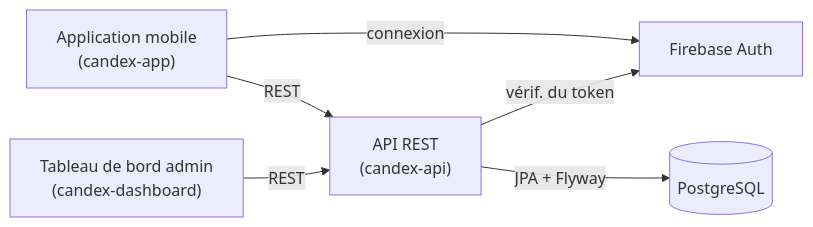
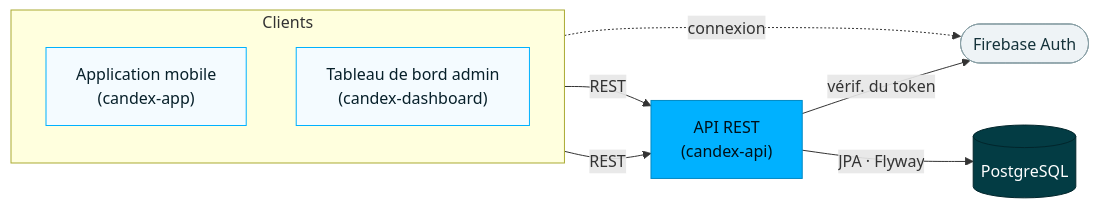
One commit to RusterX16/candex-handbook changed the diagram in src/content/docs/fr/getting-started-dev.md. Above: the diagram before and after it, drawn with Mermaid. The commit also changed other lines of this file and 23 other files, not shown here.

First line of the commit message:
docs: polish handbooks (v0.2.1) — button, names, diagram, logos, repos

````diff
--- a/src/content/docs/fr/getting-started-dev.md
+++ b/src/content/docs/fr/getting-started-dev.md
@@ -12,14 +12,26 @@
 ```mermaid
 flowchart LR
-  app["Application mobile<br/>(candex-app)"]
-  dash["Tableau de bord admin<br/>(candex-dashboard)"]
+  subgraph clients [Clients]
+    direction TB
+    app["Application mobile<br/>(candex-app)"]
+    dash["Tableau de bord admin<br/>(candex-dashboard)"]
+  end
   api["API REST<br/>(candex-api)"]
+  fb(["Firebase Auth"])
   pg[("PostgreSQL")]
-  fb["Firebase Auth"]
 
   app -->|REST| api
   dash -->|REST| api
-  app -->|connexion| fb
+  app -.->|connexion| fb
   api -->|vérif. du token| fb
-  api -->|JPA + Flyway| pg
+  api -->|JPA · Flyway| pg
+
+  classDef svc fill:#00B1FF,stroke:#0089c4,color:#001018;
+  classDef store fill:#033C44,stroke:#02262c,color:#ffffff;
+  classDef ext fill:#eef3f6,stroke:#8aa0a6,color:#14323a;
+  classDef client fill:#f4fbff,stroke:#00B1FF,color:#07202a;
+  class api svc
+  class pg store
+  class fb ext
+  class app,dash client
 ```
````
